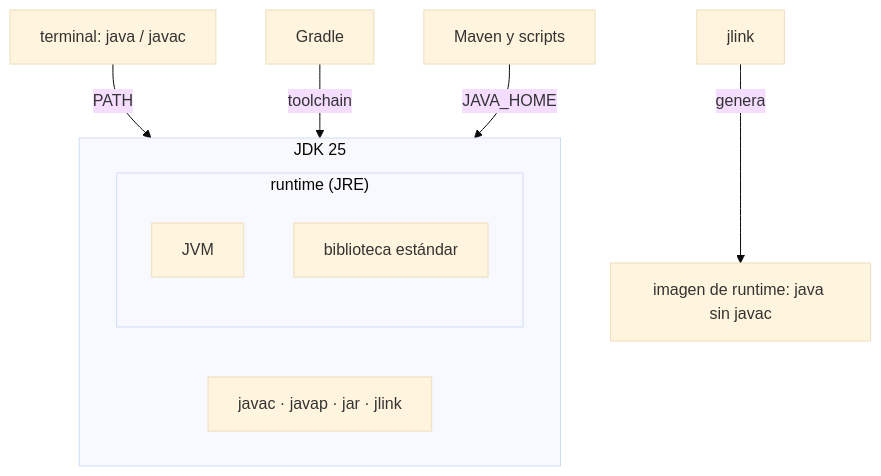
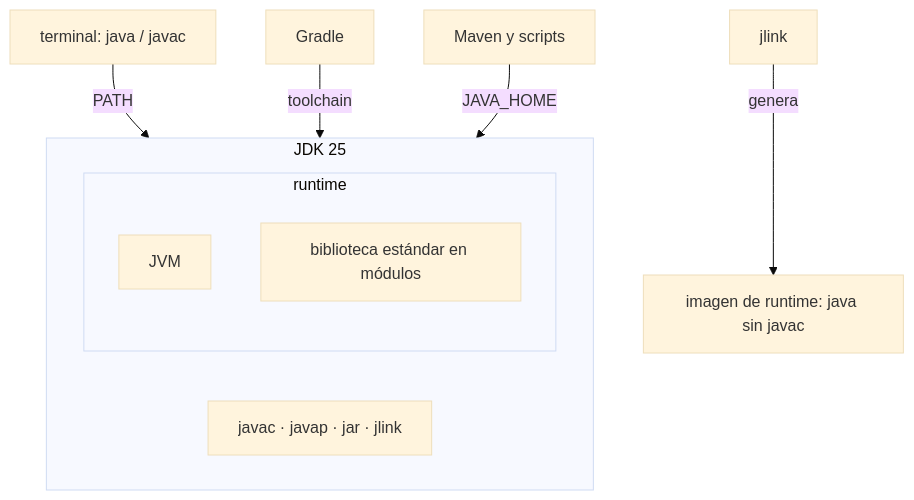
The second of 9 diagrams in web/public/content/java/modulo-0.md (NICORUIZ93/The_Imperial_Book), drawn with Mermaid (base theme) before and after one commit. The commit also changed other lines of this file and 65 other files, not shown here.

````diff
--- a/web/public/content/java/modulo-0.md
+++ b/web/public/content/java/modulo-0.md
@@ -1791,14 +1920,14 @@
 ```mermaid
 flowchart TB
   subgraph JDK["JDK 25"]
     TOOLS["javac · javap · jar · jlink"]
-    subgraph RT["runtime (JRE)"]
+    subgraph RT["runtime"]
       JVM["JVM"]
-      LIB["biblioteca estándar"]
+      LIB["biblioteca estándar en módulos"]
     end
   end
   TERM["terminal: java / javac"] -->|PATH| JDK
   GRADLE["Gradle"] -->|toolchain| JDK
   SCRIPTS["Maven y scripts"] -->|JAVA_HOME| JDK
   JLINK["jlink"] -->|genera| IMG["imagen de runtime: java sin javac"]
 ```
````
